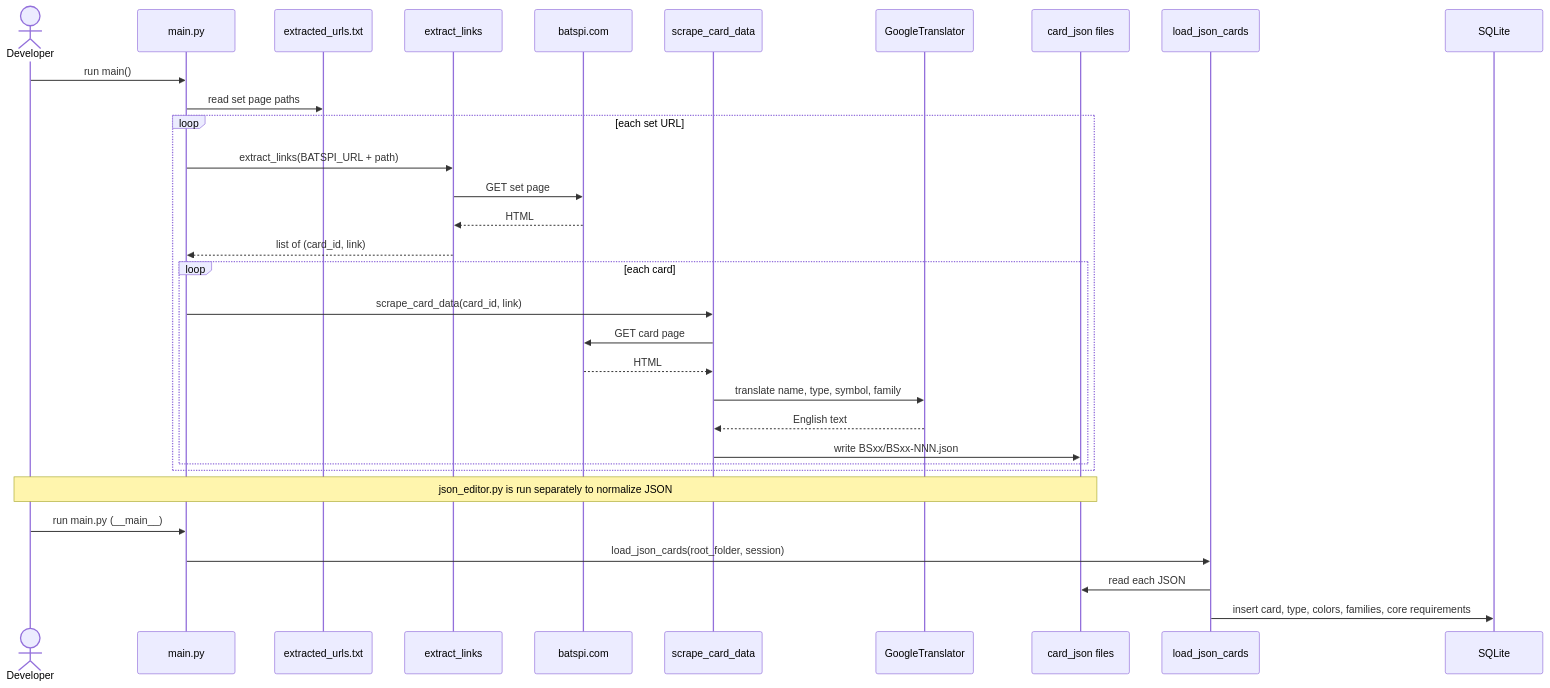
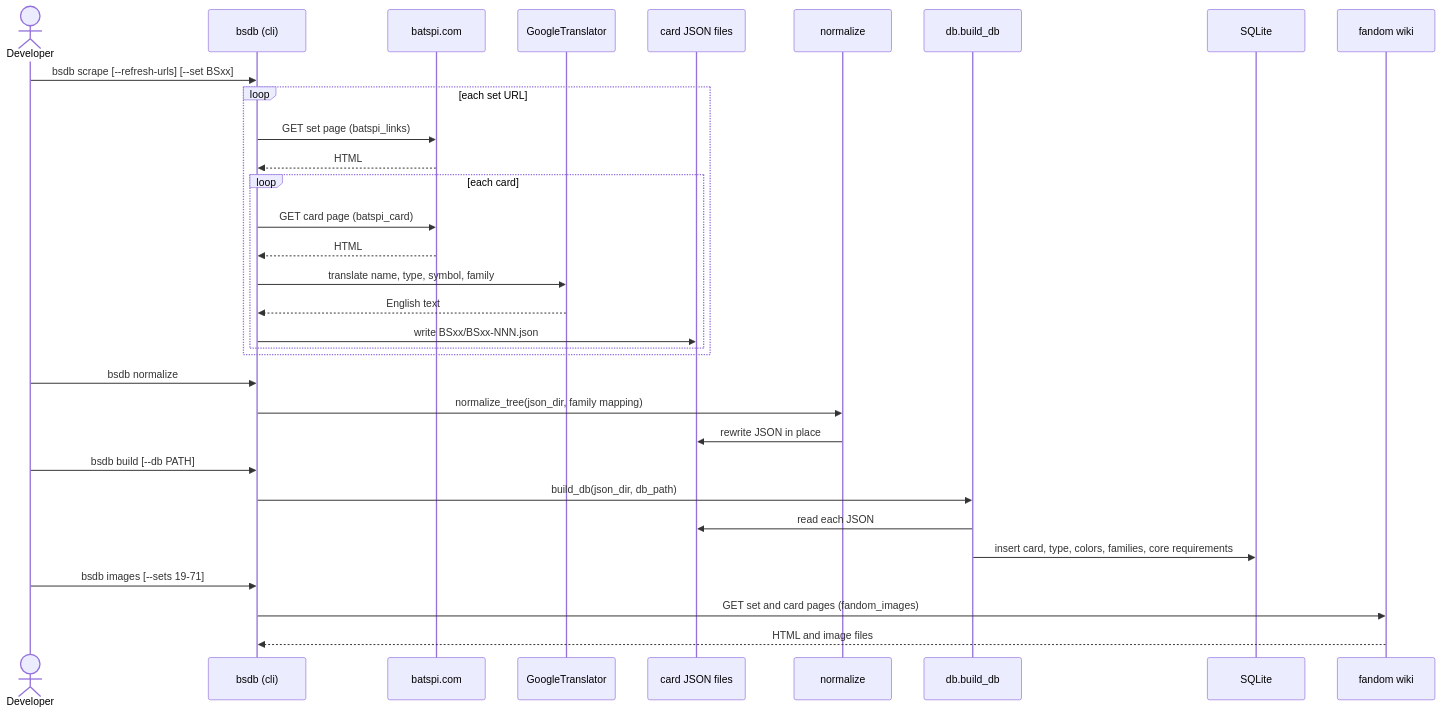
The second of 2 diagrams in docs/architecture/overview.md (AleFire99/BS_Database), drawn with Mermaid before and after one commit. The commit also changed other lines of this file and 5 other files, not shown here.

First line of the commit message:
docs: describe the package layout and CLI flow

````diff
--- a/docs/architecture/overview.md
+++ b/docs/architecture/overview.md
@@ -47,35 +59,35 @@
 ```mermaid
 sequenceDiagram
     actor Dev as Developer
-    participant M as main.py
-    participant U as extracted_urls.txt
-    participant E as extract_links
+    participant C as bsdb (cli)
     participant B as batspi.com
-    participant S as scrape_card_data
     participant T as GoogleTranslator
-    participant J as card_json files
-    participant D as load_json_cards
+    participant J as card JSON files
+    participant N as normalize
+    participant D as db.build_db
     participant DB as SQLite
+    participant W as fandom wiki
 
-    Dev->>M: run main()
-    M->>U: read set page paths
+    Dev->>C: bsdb scrape [--refresh-urls] [--set BSxx]
     loop each set URL
-        M->>E: extract_links(BATSPI_URL + path)
-        E->>B: GET set page
-        B-->>E: HTML
-        E-->>M: list of (card_id, link)
+        C->>B: GET set page (batspi_links)
+        B-->>C: HTML
         loop each card
-            M->>S: scrape_card_data(card_id, link)
-            S->>B: GET card page
-            B-->>S: HTML
-            S->>T: translate name, type, symbol, family
-            T-->>S: English text
-            S->>J: write BSxx/BSxx-NNN.json
+            C->>B: GET card page (batspi_card)
+            B-->>C: HTML
+            C->>T: translate name, type, symbol, family
+            T-->>C: English text
+            C->>J: write BSxx/BSxx-NNN.json
         end
     end
-    Note over Dev,J: json_editor.py is run separately to normalize JSON
-    Dev->>M: run main.py (__main__)
-    M->>D: load_json_cards(root_folder, session)
+    Dev->>C: bsdb normalize
+    C->>N: normalize_tree(json_dir, family mapping)
+    N->>J: rewrite JSON in place
+    Dev->>C: bsdb build [--db PATH]
+    C->>D: build_db(json_dir, db_path)
     D->>J: read each JSON
     D->>DB: insert card, type, colors, families, core requirements
+    Dev->>C: bsdb images [--sets 19-71]
+    C->>W: GET set and card pages (fandom_images)
+    W-->>C: HTML and image files
 ```
````
